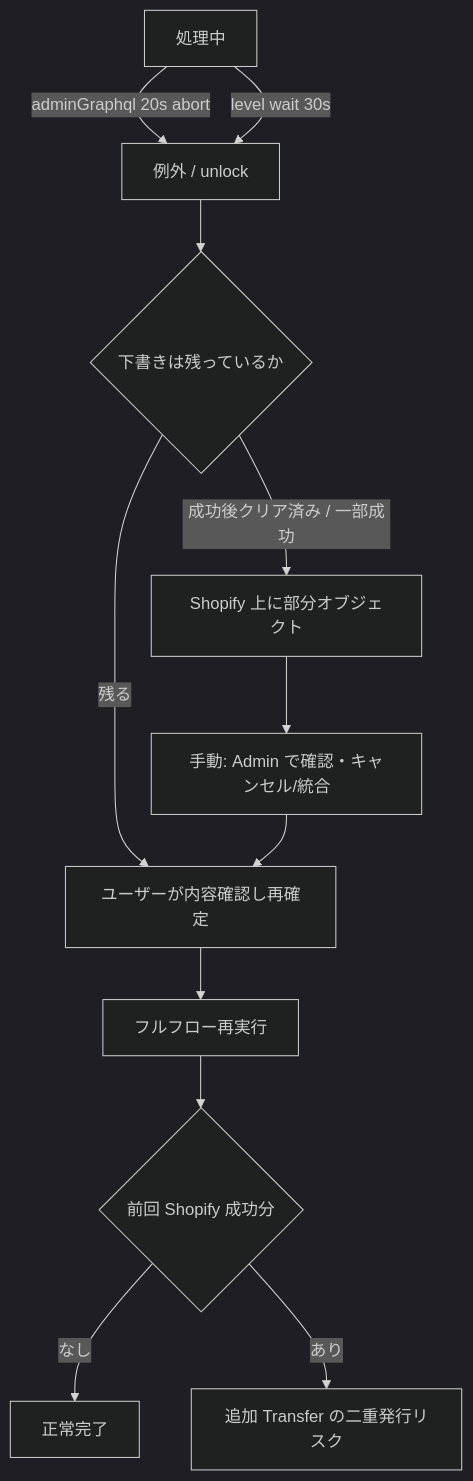
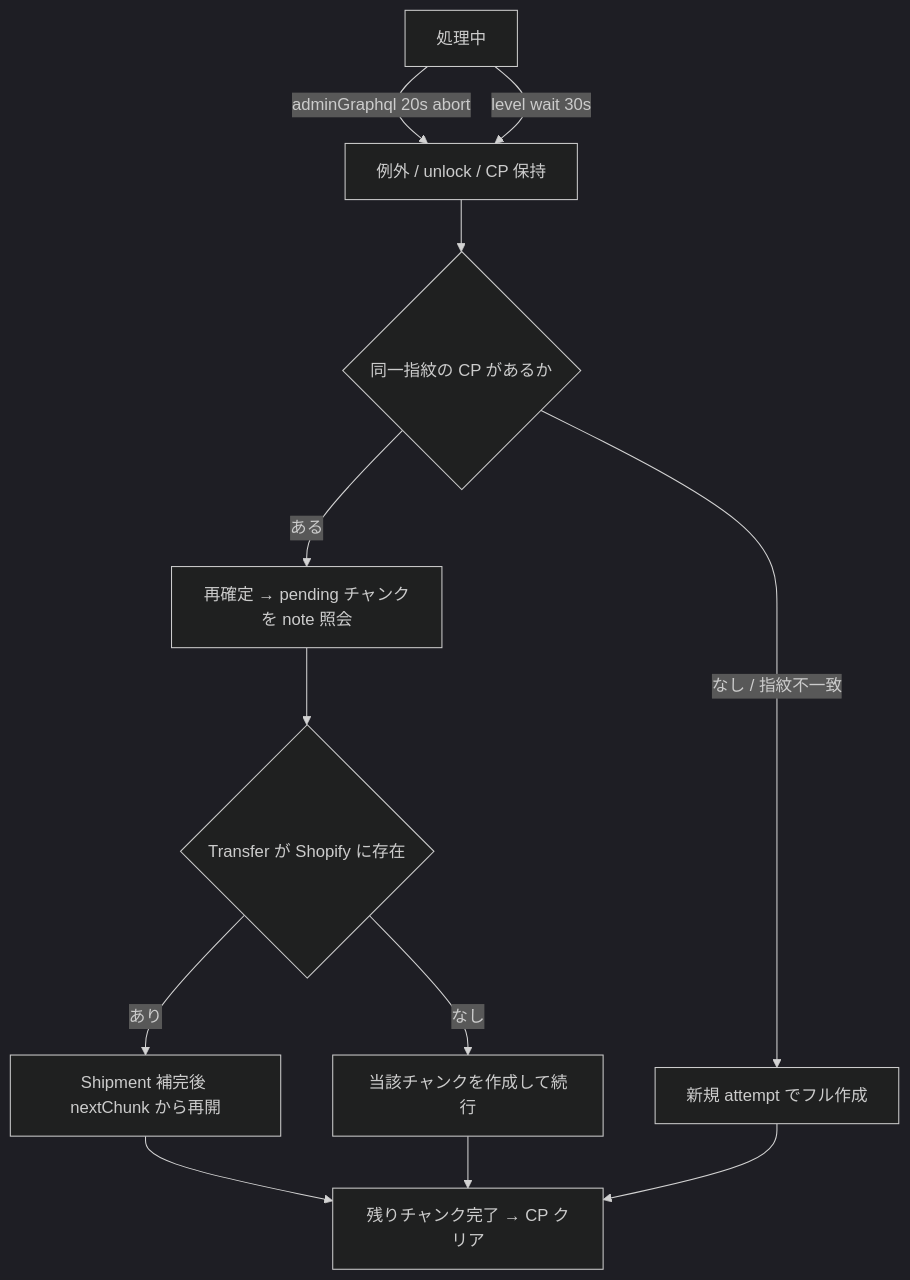
Before and after one commit to b3inc-dev/stock-transfer-pos: the third of 4 diagrams in docs/STATE_MACHINE.md, drawn with Mermaid (dark theme). The commit also changed other lines of this file and 6 other files, not shown here.

````diff
--- a/docs/STATE_MACHINE.md
+++ b/docs/STATE_MACHINE.md
@@ -95,14 +96,14 @@
 ```mermaid
 flowchart TD
-  A[処理中] -->|adminGraphql 20s abort| B[例外 / unlock]
+  A[処理中] -->|adminGraphql 20s abort| B[例外 / unlock / CP 保持]
   A -->|level wait 30s| B
-  B --> C{下書きは残っているか}
-  C -->|残る| D[ユーザーが内容確認し再確定]
-  C -->|成功後クリア済み / 一部成功| E[Shopify 上に部分オブジェクト]
-  D --> F[フルフロー再実行]
-  F --> G{前回 Shopify 成功分}
-  G -->|なし| H[正常完了]
-  G -->|あり| I[追加 Transfer の二重発行リスク]
-  E --> J[手動: Admin で確認・キャンセル/統合]
-  J --> D
+  B --> C{同一指紋の CP があるか}
+  C -->|ある| D[再確定 → pending チャンクを note 照会]
+  C -->|なし / 指紋不一致| E[新規 attempt でフル作成]
+  D --> F{Transfer が Shopify に存在}
+  F -->|あり| G[Shipment 補完後 nextChunk から再開]
+  F -->|なし| H[当該チャンクを作成して続行]
+  G --> I[残りチャンク完了 → CP クリア]
+  H --> I
+  E --> I
 ```
````
